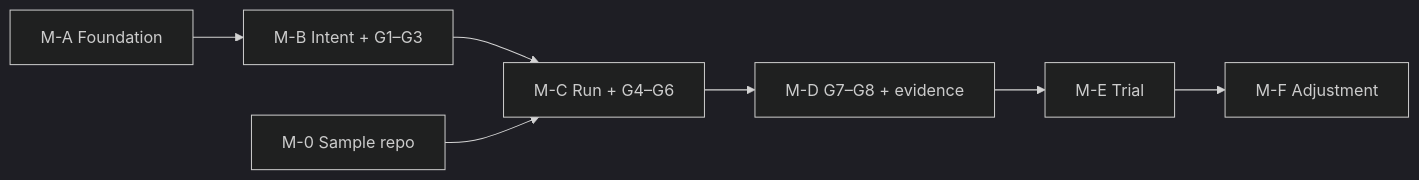
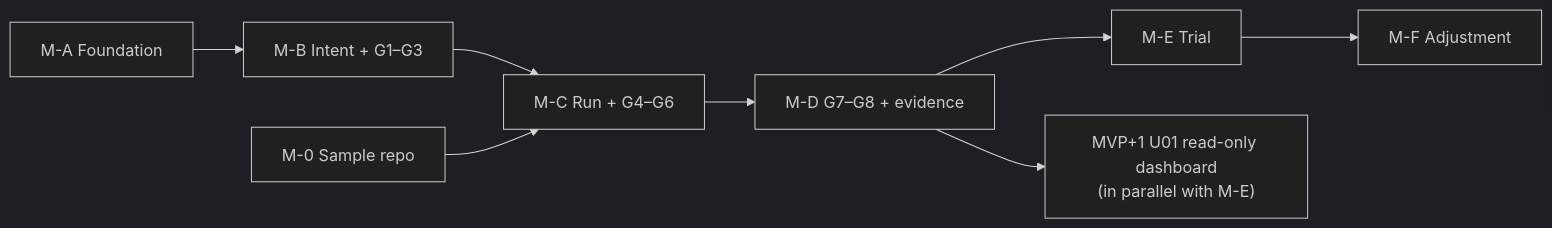
One commit to hoanghainh1188/agentic-sdlc-framework changed the diagram in design/D-08-mvp-backlog.md. Above: the diagram before and after it, drawn with Mermaid (dark theme). The commit also changed other lines of this file and 8 other files, not shown here.

First line of the commit message:
docs: a read-only dashboard starts in parallel with M-E (QUESTIONS #255, task U01) (#181)

````diff
--- a/design/D-08-mvp-backlog.md
+++ b/design/D-08-mvp-backlog.md
@@ -49,9 +50,10 @@
 ```mermaid
 flowchart LR
     MA["M-A Foundation"] --> MB["M-B Intent + G1–G3"]
     MB --> MC["M-C Run + G4–G6"]
     M0["M-0 Sample repo"] --> MC
     MC --> MD["M-D G7–G8 + evidence"]
     MD --> ME["M-E Trial"]
     ME --> MF["M-F Adjustment"]
+    MD --> MU["MVP+1 U01 read-only dashboard<br/>(in parallel with M-E)"]
 ```
````
